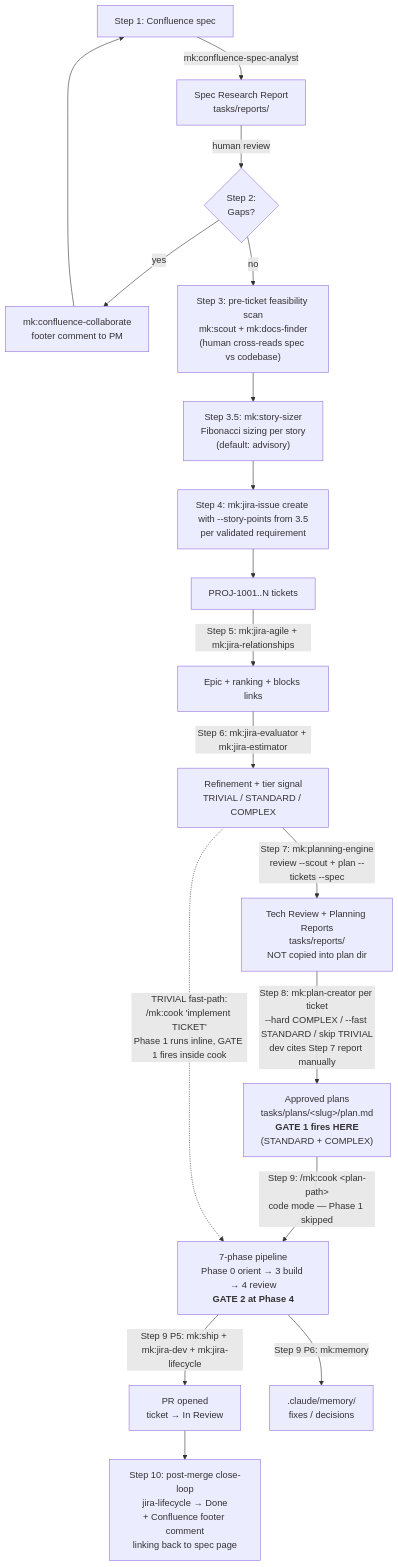
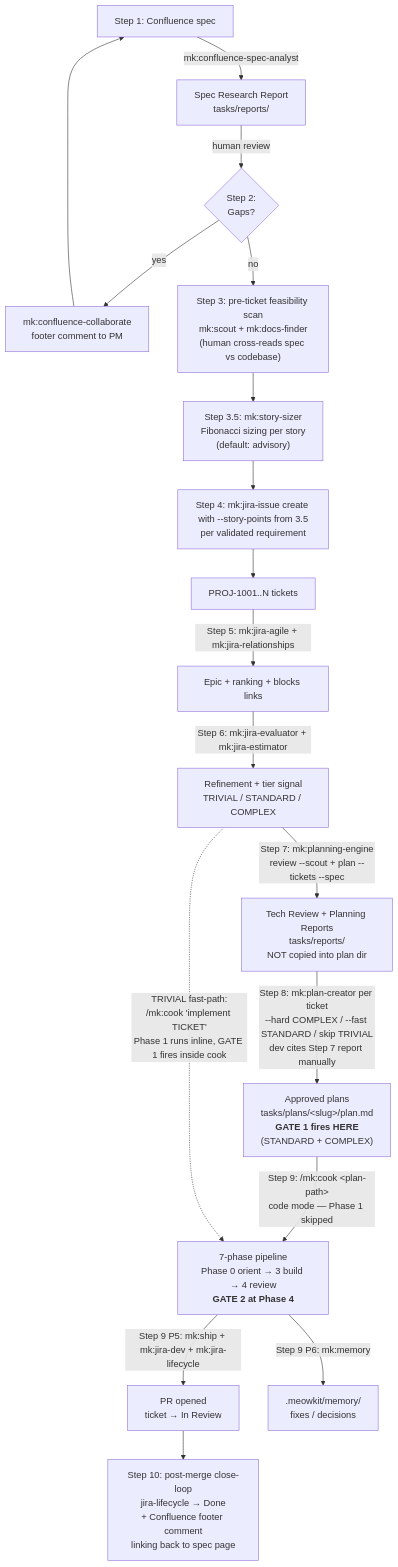
Before and after one commit to ngocsangyem/MeowKit: the diagram in packages/docs/content/docs/workflows/spec-to-pr-walkthrough.mdx, drawn with Mermaid. The commit also changed other lines of this file and 12 other files, not shown here.

First line of the commit message:
docs: point curated memory prose at .meowkit/memory and drop memory --show

````diff
--- a/packages/docs/content/docs/workflows/spec-to-pr-walkthrough.mdx
+++ b/packages/docs/content/docs/workflows/spec-to-pr-walkthrough.mdx
@@ -61,20 +61,20 @@
 ```mermaid
 flowchart TD
     A[Step 1: Confluence spec] -->|mk:confluence-spec-analyst| B["Spec Research Report<br/>tasks/reports/"]
     B -->|human review| C{Step 2:<br/>Gaps?}
     C -->|yes| D[mk:confluence-collaborate<br/>footer comment to PM]
     D --> A
     C -->|no| S["Step 3: pre-ticket feasibility scan<br/>mk:scout + mk:docs-finder<br/>(human cross-reads spec vs codebase)"]
     S --> Z["Step 3.5: mk:story-sizer<br/>Fibonacci sizing per story<br/>(default: advisory)"]
     Z --> E[Step 4: mk:jira-issue create with --story-points from 3.5<br/>per validated requirement]
     E --> F["PROJ-1001..N tickets"]
     F -->|Step 5: mk:jira-agile + mk:jira-relationships| G[Epic + ranking + blocks links]
     G -->|Step 6: mk:jira-evaluator + mk:jira-estimator| H["Refinement + tier signal<br/>TRIVIAL / STANDARD / COMPLEX"]
     H -->|Step 7: mk:planning-engine<br/>review --scout + plan --tickets --spec| I["Tech Review + Planning Reports<br/>tasks/reports/<br/>NOT copied into plan dir"]
     I -->|Step 8: mk:plan-creator per ticket<br/>--hard COMPLEX / --fast STANDARD / skip TRIVIAL<br/>dev cites Step 7 report manually| P["Approved plans<br/>tasks/plans/&lt;slug&gt;/plan.md<br/><b>GATE 1 fires HERE</b><br/>(STANDARD + COMPLEX)"]
     P -->|Step 9: /mk:cook &lt;plan-path&gt;<br/>code mode — Phase 1 skipped| J["7-phase pipeline<br/>Phase 0 orient → 3 build → 4 review<br/><b>GATE 2 at Phase 4</b>"]
     H -.->|TRIVIAL fast-path:<br/>/mk:cook 'implement TICKET'<br/>Phase 1 runs inline, GATE 1 fires inside cook| J
     J -->|Step 9 P5: mk:ship + mk:jira-dev + mk:jira-lifecycle| K[PR opened<br/>ticket → In Review]
-    J -->|Step 9 P6: mk:memory| L[".claude/memory/<br/>fixes / decisions"]
+    J -->|Step 9 P6: mk:memory| L[".meowkit/memory/<br/>fixes / decisions"]
     K --> M["Step 10: post-merge close-loop<br/>jira-lifecycle → Done<br/>+ Confluence footer comment<br/>linking back to spec page"]
 ```
````
